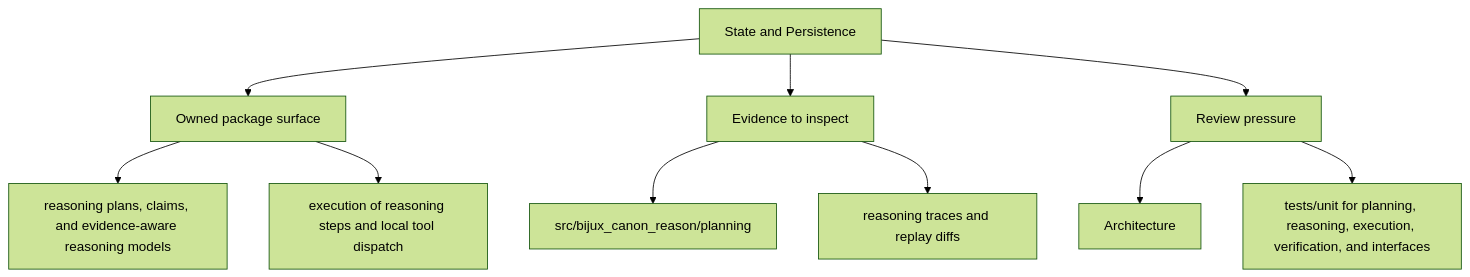
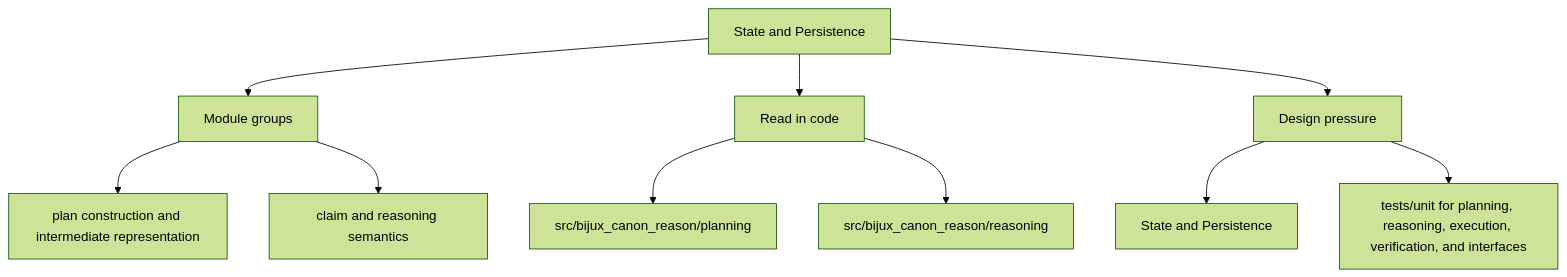
Before and after one commit to bijux/bijux-canon: the second of 2 diagrams in docs/bijux-canon-reason/architecture/state-and-persistence.md, drawn with Mermaid (forest theme). The commit also changed other lines of this file and 250 other files, not shown here.

Commit message:
docs(diagrams): make product page maps more readable

````diff
--- a/docs/bijux-canon-reason/architecture/state-and-persistence.md
+++ b/docs/bijux-canon-reason/architecture/state-and-persistence.md
@@ -35,22 +35,22 @@
 ```mermaid
 flowchart TD
     page["State and Persistence"]
-    focus1["Owned package surface"]
+    focus1["Module groups"]
     page --> focus1
-    focus1_1["reasoning plans, claims, and evidence-aware reasoning models"]
+    focus1_1["plan construction and intermediate representation"]
     focus1 --> focus1_1
-    focus1_2["execution of reasoning steps and local tool dispatch"]
+    focus1_2["claim and reasoning semantics"]
     focus1 --> focus1_2
-    focus2["Evidence to inspect"]
+    focus2["Read in code"]
     page --> focus2
     focus2_1["src/bijux_canon_reason/planning"]
     focus2 --> focus2_1
-    focus2_2["reasoning traces and replay diffs"]
+    focus2_2["src/bijux_canon_reason/reasoning"]
     focus2 --> focus2_2
-    focus3["Review pressure"]
+    focus3["Design pressure"]
     page --> focus3
-    focus3_1["Architecture"]
+    focus3_1["State and Persistence"]
     focus3 --> focus3_1
     focus3_2["tests/unit for planning, reasoning, execution, verification, and interfaces"]
     focus3 --> focus3_2
 ```
````
